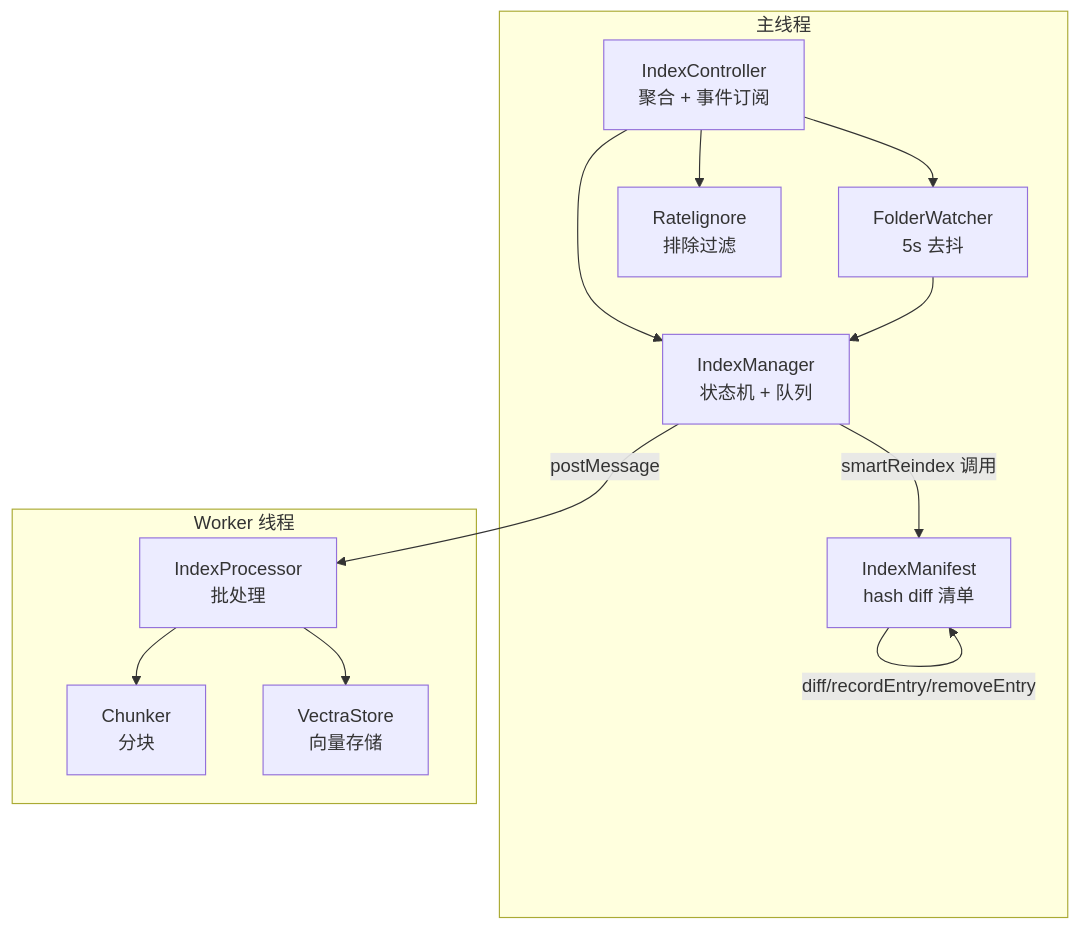
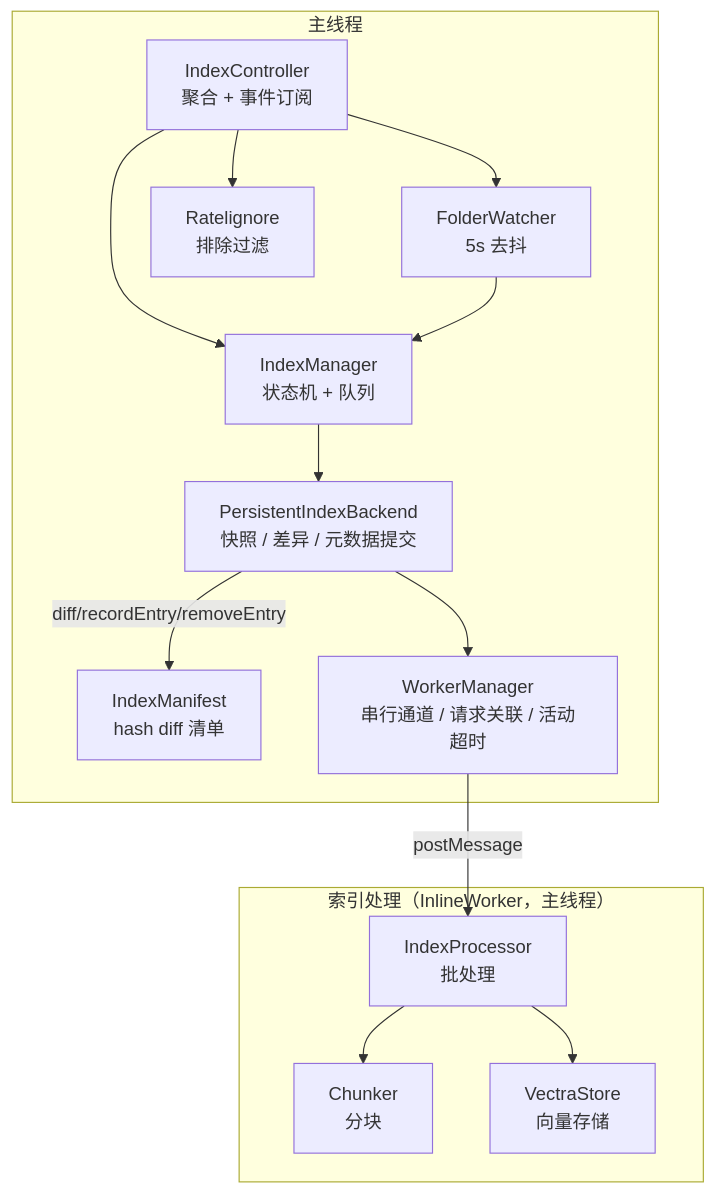
One commit to golddream-y/obsidian-ratel changed the eighth of 8 diagrams in docs/architecture/rag/vector-index.md. Above: the diagram before and after it, drawn with Mermaid. The commit also changed other lines of this file and 9 other files, not shown here.

````diff
--- a/docs/architecture/rag/vector-index.md
+++ b/docs/architecture/rag/vector-index.md
@@ -357,26 +339,29 @@
 ```mermaid
 graph TB
     subgraph "主线程"
         IC["IndexController<br/>聚合 + 事件订阅"]
         IM["IndexManager<br/>状态机 + 队列"]
         FW["FolderWatcher<br/>5s 去抖"]
         RI["Ratelignore<br/>排除过滤"]
         MF["IndexManifest<br/>hash diff 清单"]
+        PB["PersistentIndexBackend<br/>快照 / 差异 / 元数据提交"]
+        WM["WorkerManager<br/>串行通道 / 请求关联 / 活动超时"]
     end
 
-    subgraph "Worker 线程"
+    subgraph "索引处理（InlineWorker，主线程）"
         IP["IndexProcessor<br/>批处理"]
         CK["Chunker<br/>分块"]
         VS["VectraStore<br/>向量存储"]
     end
 
     IC --> IM
     IC --> FW
     IC --> RI
     FW --> IM
-    IM -->|"smartReindex 调用"| MF
-    MF -->|"diff/recordEntry/removeEntry"| MF
-    IM -->|"postMessage"| IP
+    IM --> PB
+    PB -->|"diff/recordEntry/removeEntry"| MF
+    PB --> WM
+    WM -->|"postMessage"| IP
     IP --> CK
     IP --> VS
 ```
````
